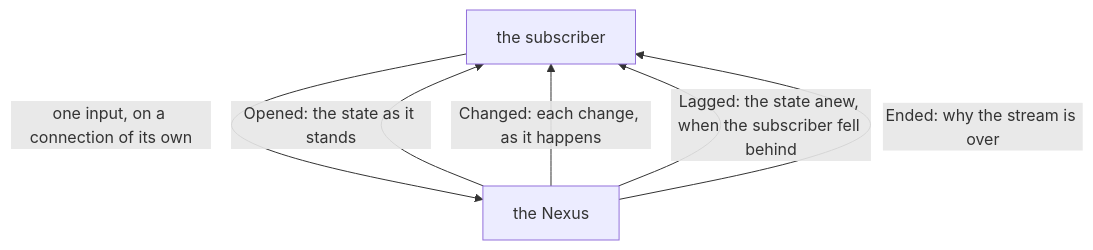
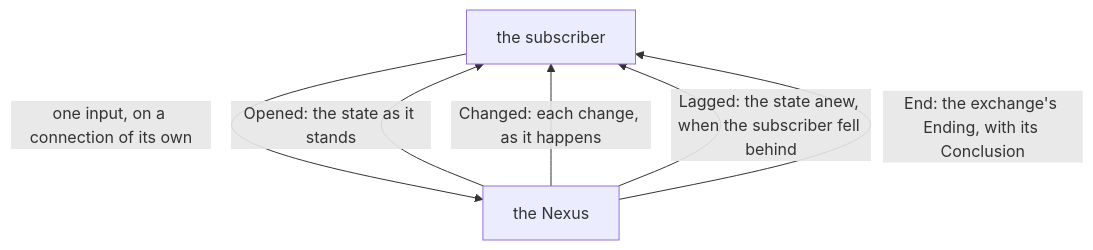
One commit to LiGoldragon/mind-belief changed the first of 3 diagrams in notion/subscription/0.md. Above: the diagram before and after it, drawn with Mermaid. The commit also changed other lines of this file, not shown here.

First line of the commit message:
notion:subscription:0: a subscription is one exchange (Fable y33w, hp94; implementer amendments z0tc, nn6g, dmz6)

````diff
--- a/notion/subscription/0.md
+++ b/notion/subscription/0.md
@@ -10,8 +10,8 @@
 ```mermaid
 flowchart TB
     s["the subscriber"] -- "one input, on a connection of its own" --> n["the Nexus"]
     n -- "Opened: the state as it stands" --> s
     n -- "Changed: each change, as it happens" --> s
     n -- "Lagged: the state anew, when the subscriber fell behind" --> s
-    n -- "Ended: why the stream is over" --> s
+    n -- "End: the exchange's Ending, with its Conclusion" --> s
 ```
````
